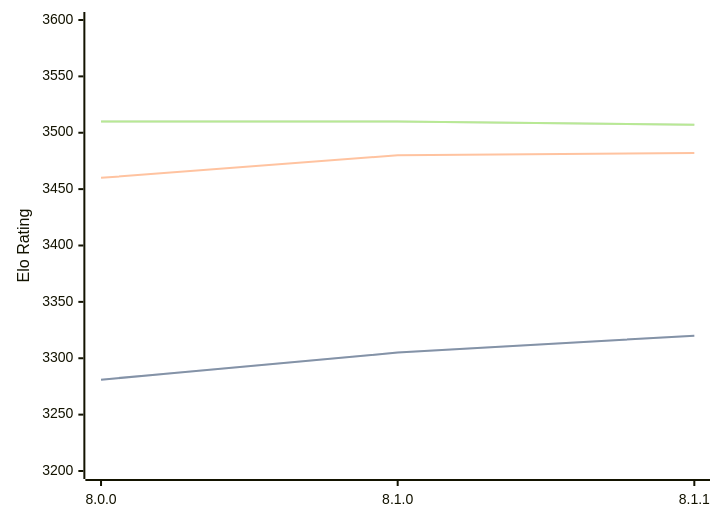
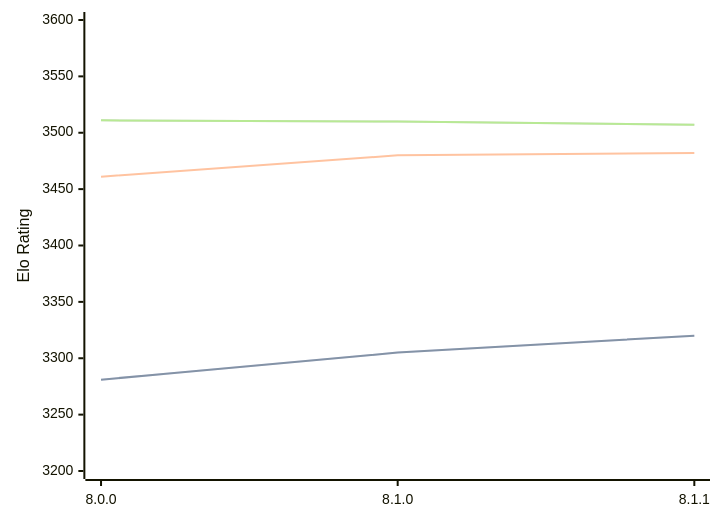
The diagram in engines/Velvet.md (computer-chess-index/cci), drawn with Mermaid before and after one commit. The commit also changed other lines of this file, not shown here.

Commit message:
Update CCI Ratings (ELO VLTC) - 2026-02-21

````diff
--- a/engines/Velvet.md
+++ b/engines/Velvet.md
@@ -54,11 +54,11 @@
 ```mermaid
 %%{init: {"theme":"base","themeVariables":{"seriesColors:['#a3a3a3','#222221','#faa371']}}}%%
 xychart-beta
   x-axis ["8.0.0", "8.1.0", "8.1.1"]
   y-axis "Elo Rating" 3200 --> 3600
   line "STC (8.0+0.08s)" [3281, 3305, 3320]
   line "STC (8.0+0.08s)" [3281, 3305, 3320]
-  line "LTC (60.0+0.60s)" [3460, 3480, 3482]
-  line "VLTC (2m24s+1.12s)" [3510, 3510, 3507]
-  line "VLTC (2m24s+1.12s)" [3510, 3510, 3507]
+  line "LTC (60.0+0.60s)" [3461, 3480, 3482]
+  line "VLTC (2m24s+1.12s)" [3511, 3510, 3507]
+  line "VLTC (2m24s+1.12s)" [3511, 3510, 3507]
 ```
````
